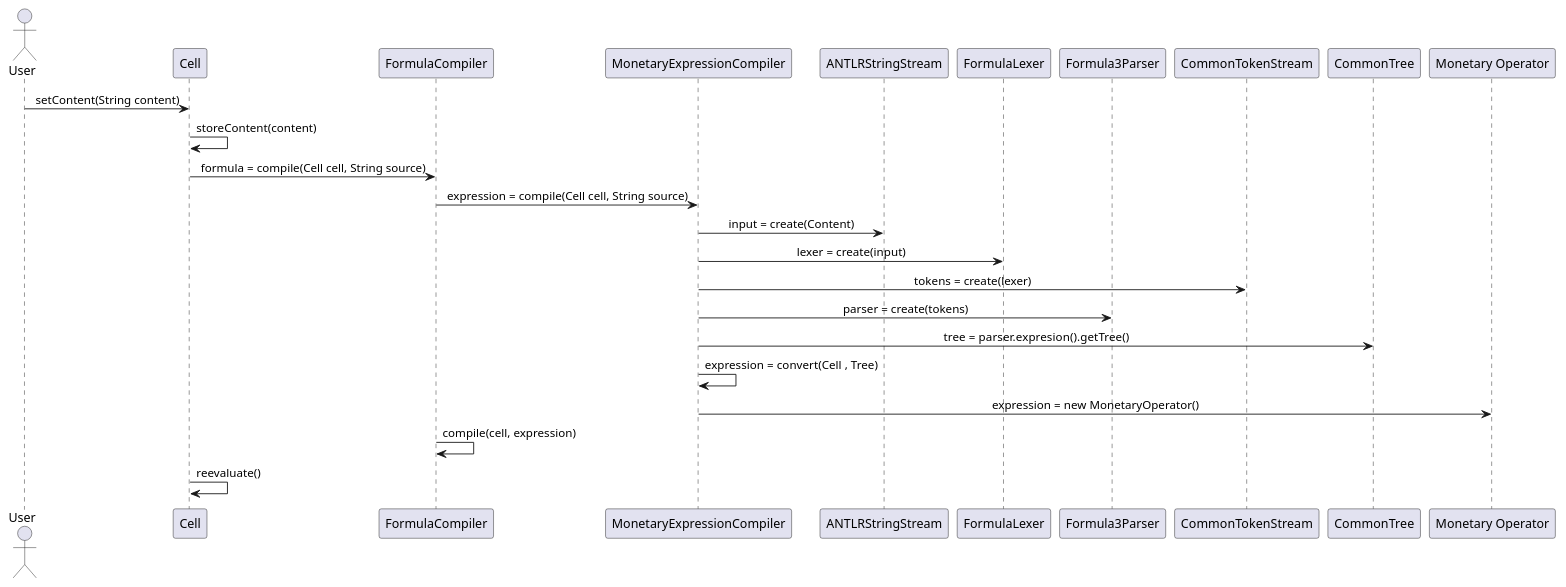
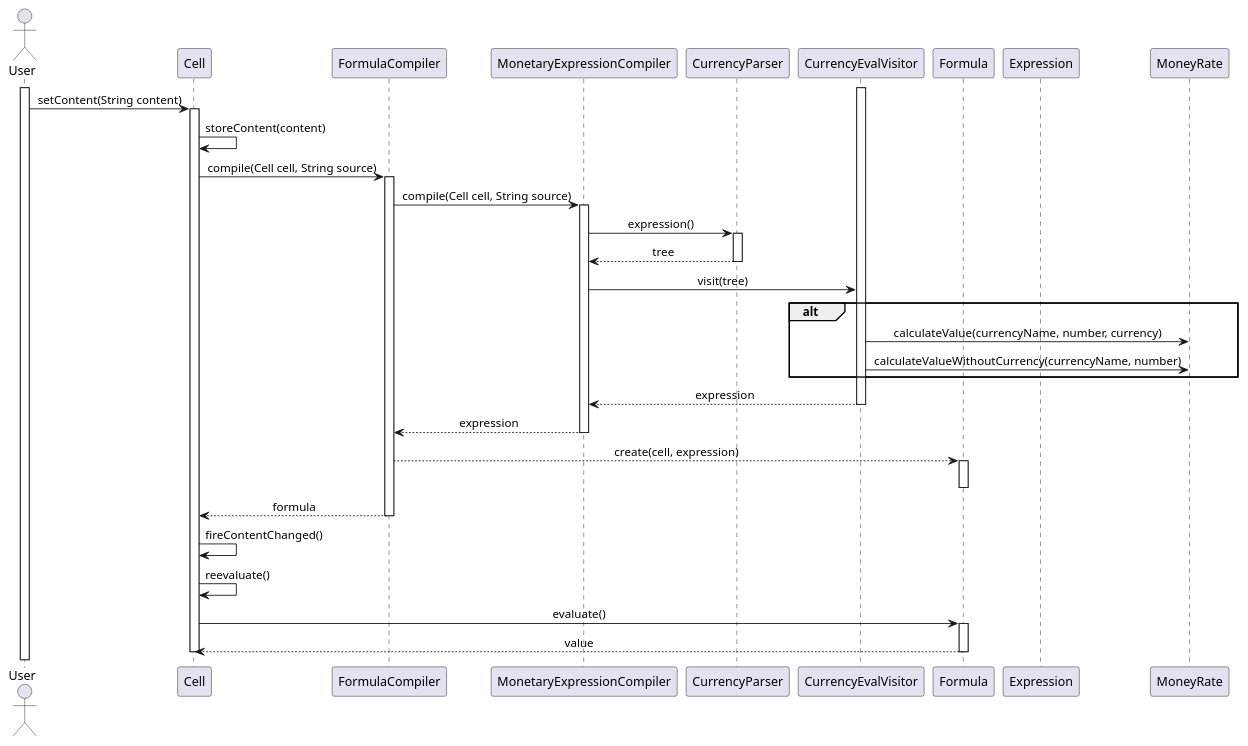
The diagram in src/main/java/lapr4/red/s2/lang/n1140388/formula/design_lang01.2.puml (PeFerreira98/ISEP.Lic.LAPR4_2017), drawn with PlantUML before and after one commit. The commit also changed 7 other files, not shown here.

Commit message:
LAPR4E17DL-52 #time 30m Refactor project with bugs of sonarqube LAPR4E17DL-147 #time 1h Add class diagram and design of rates exchange

```diff
--- a/src/main/java/lapr4/red/s2/lang/n1140388/formula/design_lang01.2.puml
+++ b/src/main/java/lapr4/red/s2/lang/n1140388/formula/design_lang01.2.puml
@@ -1,31 +1,64 @@
 @startuml design_lang01.2.png
 
 skinparam sequenceMessageAlign center
 
 actor User
-participant "Cell" as ce
+participant "Cell" as cell
 participant "FormulaCompiler" as fc
 participant "MonetaryExpressionCompiler" as mec
-participant "ANTLRStringStream" as ant
-participant "FormulaLexer" as fl
-participant "Formula3Parser" as f3p
-participant "CommonTokenStream" as cts
-participant "CommonTree" as cmt
-participant "Monetary Operator" as mo
+participant "CurrencyParser" as cp
+participant "CurrencyEvalVisitor" as cev
+participant "Formula" as form
+participant "Expression" as exp
 
-User->ce: setContent(String content)
-ce->ce: storeContent(content)
-ce->fc: formula = compile(Cell cell, String source)
-fc->mec: expression = compile(Cell cell, String source)
 
-mec -> ant : input = create(Content)
-mec -> fl : lexer = create(input)
-mec -> cts : tokens = create(lexer)
-mec -> f3p : parser = create(tokens)
-mec -> cmt : tree = parser.expresion().getTree()
-mec -> mec : expression = convert(Cell , Tree)
-mec -> mo : expression = new MonetaryOperator()
-fc -> fc : compile(cell, expression)
-ce -> ce : reevaluate()
+activate User
+User->cell: setContent(String content)
+
+activate cell
+cell->cell: storeContent(content)
+
+
+cell->fc: compile(Cell cell, String source)
+
+activate fc
+fc->mec: compile(Cell cell, String source)
+
+activate mec
+mec->cp: expression()
+
+activate cp
+cp-->mec: tree
+deactivate cp
+mec->cev: visit(tree)
+
+alt
+cev -> MoneyRate : calculateValue(currencyName, number, currency)
+cev -> MoneyRate : calculateValueWithoutCurrency(currencyName, number)
+end
+
+activate cev
+cev-->mec: expression
+deactivate cev
+
+mec-->fc: expression
+deactivate mec
+
+fc-->form: create(cell, expression)
+activate form
+deactivate form
+fc-->cell: formula
+deactivate fc
+
+cell->cell: fireContentChanged()
+cell->cell: reevaluate()
+
+cell->form: evaluate()
+activate form
+
+form-->cell: value
+deactivate form
+
+deactivate cell
 
 @enduml
```
